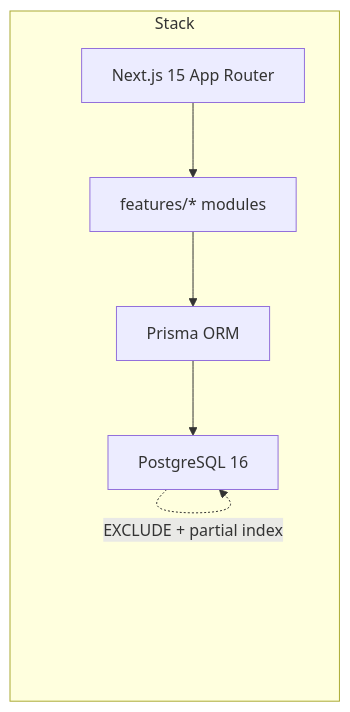
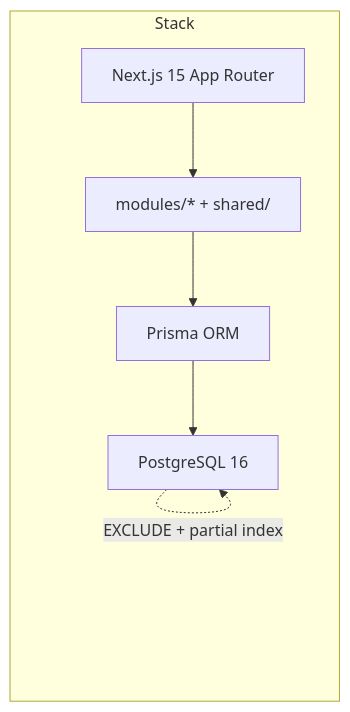
One commit to Shivayaagrawal/assetflow changed the diagram in README.md. Above: the diagram before and after it, drawn with Mermaid. The commit also changed other lines of this file and 9 other files, not shown here.

First line of the commit message:
docs(shared): align HLD/LLD with frozen modules architecture

````diff
--- a/README.md
+++ b/README.md
@@ -33,11 +33,11 @@
 ```mermaid
 flowchart LR
   subgraph Stack
     Next["Next.js 15 App Router"]
-    Features["features/* modules"]
+    Modules["modules/* + shared/"]
     Prisma["Prisma ORM"]
     PG["PostgreSQL 16"]
   end
-  Next --> Features --> Prisma --> PG
+  Next --> Modules --> Prisma --> PG
   PG -.->|EXCLUDE + partial index| PG
 ```
````
